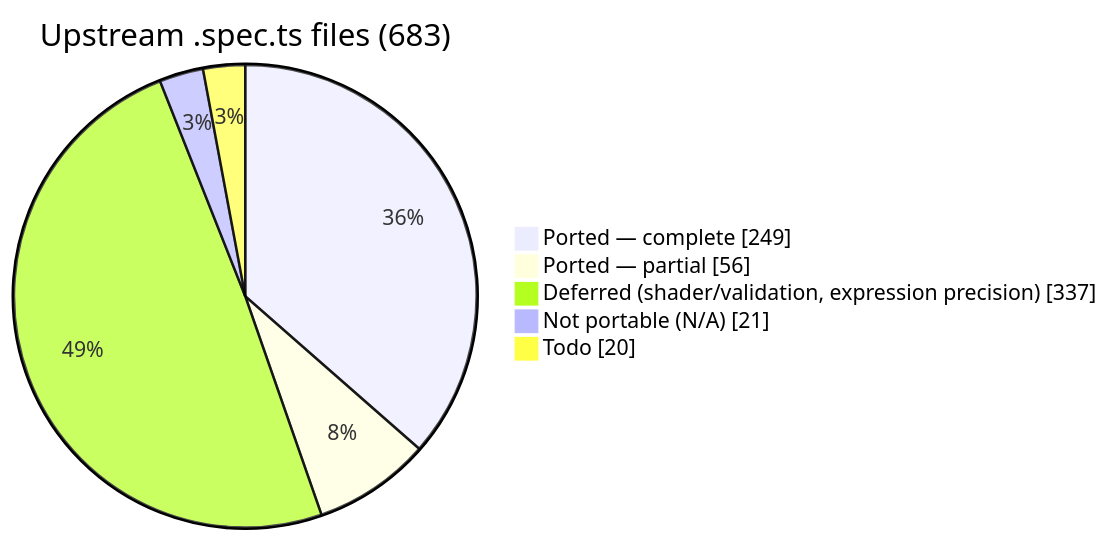
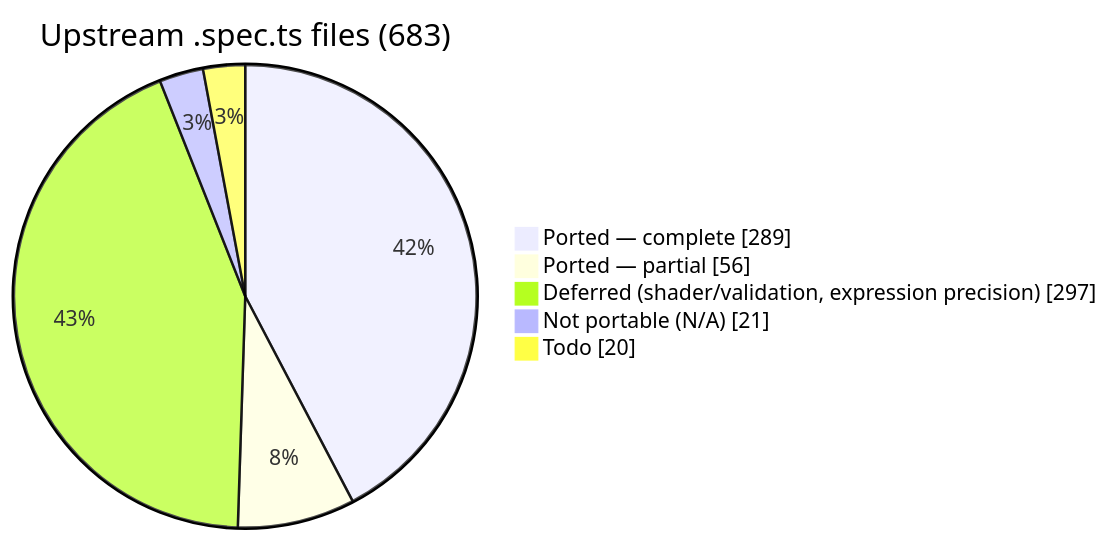
One commit to infosia/webgpu-native-cts changed the first of 2 diagrams in README.md. Above: the diagram before and after it, drawn with Mermaid. The commit also changed other lines of this file and 2 other files, not shown here.

First line of the commit message:
docs: F-121 RESOLVED + shader/validation coverage (40 files) + f16 clean

````diff
--- a/README.md
+++ b/README.md
@@ -111,9 +119,9 @@
 ```mermaid
 pie showData
     title Upstream .spec.ts files (683)
-    "Ported — complete" : 249
+    "Ported — complete" : 289
     "Ported — partial" : 56
-    "Deferred (shader/validation, expression precision)" : 337
+    "Deferred (shader/validation, expression precision)" : 297
     "Not portable (N/A)" : 21
     "Todo" : 20
 ```
````
